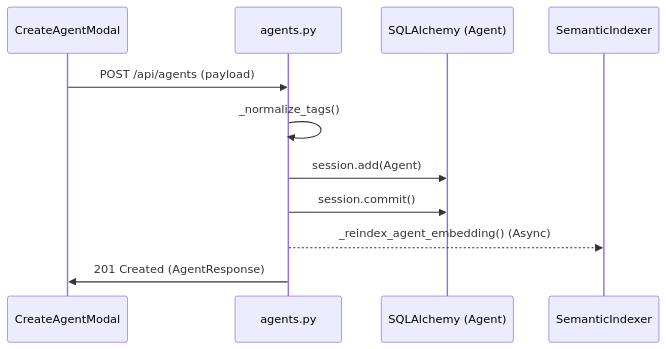
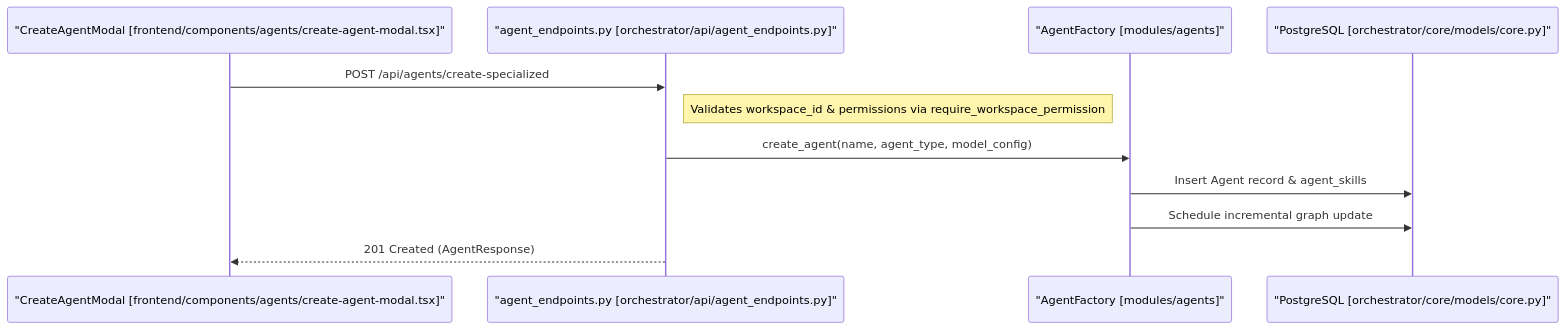
The first of 2 diagrams in docs/getting-started/quick-start-tutorial.md (AutomatosAI/automatos-ai), drawn with Mermaid before and after one commit. The commit also changed other lines of this file and 191 other files, not shown here.

````diff
--- a/docs/getting-started/quick-start-tutorial.md
+++ b/docs/getting-started/quick-start-tutorial.md
@@ -51,14 +47,14 @@
 ```mermaid
 sequenceDiagram
-    participant UI as CreateAgentModal
-    participant API as agents.py
-    participant DB as SQLAlchemy (Agent)
-    participant SI as SemanticIndexer
+    participant UI as "CreateAgentModal [frontend/components/agents/create-agent-modal.tsx]"
+    participant API as "agent_endpoints.py [orchestrator/api/agent_endpoints.py]"
+    participant Factory as "AgentFactory [modules/agents]"
+    participant DB as "PostgreSQL [orchestrator/core/models/core.py]"
 
-    UI->>API: POST /api/agents (payload)
-    API->>API: _normalize_tags()
-    API->>DB: session.add(Agent)
-    API->>DB: session.commit()
-    API-->>SI: _reindex_agent_embedding() (Async)
-    API->>UI: 201 Created (AgentResponse)
+    UI->>API: POST /api/agents/create-specialized
+    Note right of API: Validates workspace_id & permissions via require_workspace_permission
+    API->>Factory: create_agent(name, agent_type, model_config)
+    Factory->>DB: Insert Agent record & agent_skills
+    Factory->>DB: Schedule incremental graph update
+    API-->>UI: 201 Created (AgentResponse)
 ```
````
